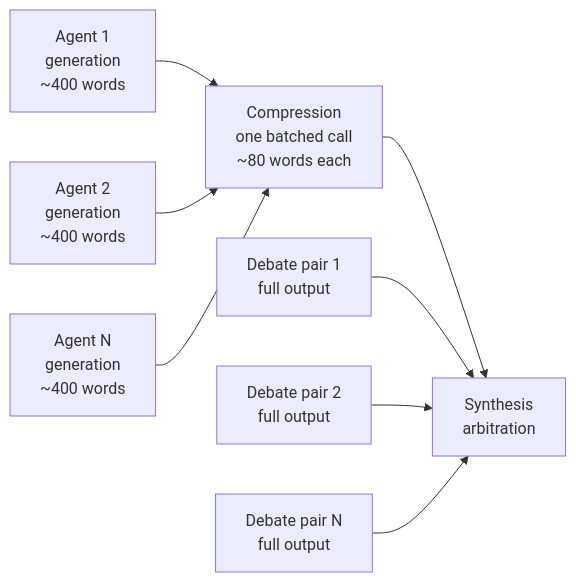
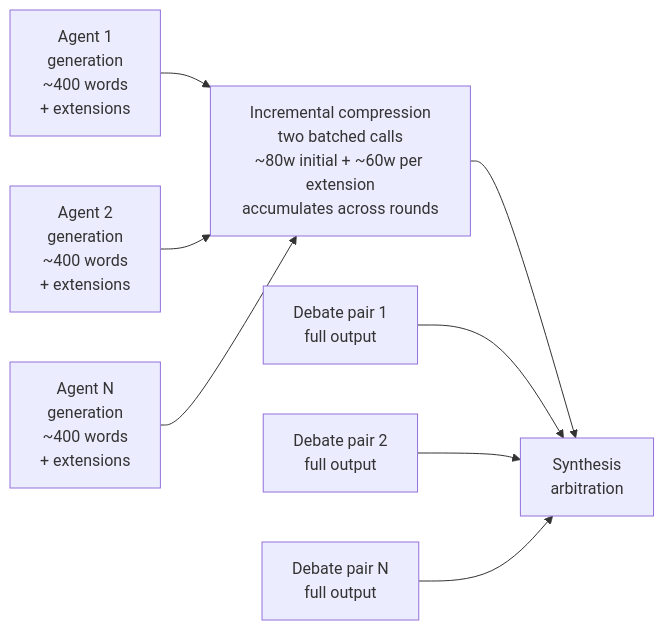
The fifth of 6 diagrams in docs/METHODOLOGY.md (DBoocock/research-swarm), drawn with Mermaid before and after one commit. The commit also changed other lines of this file and 3 other files, not shown here.

````diff
--- a/docs/METHODOLOGY.md
+++ b/docs/METHODOLOGY.md
@@ -331,11 +335,11 @@
 ```mermaid
 flowchart LR
-    G1["Agent 1\ngeneration\n~400 words"] --> C
-    G2["Agent 2\ngeneration\n~400 words"] --> C
-    Gn["Agent N\ngeneration\n~400 words"] --> C
-    C["Compression\none batched call\n~80 words each"] --> S
+    G1["Agent 1\ngeneration\n~400 words\n+ extensions"] --> C
+    G2["Agent 2\ngeneration\n~400 words\n+ extensions"] --> C
+    Gn["Agent N\ngeneration\n~400 words\n+ extensions"] --> C
+    C["Incremental compression\ntwo batched calls\n~80w initial + ~60w per extension\naccumulates across rounds"] --> S
     D1["Debate pair 1\nfull output"] --> S
     D2["Debate pair 2\nfull output"] --> S
     Dn["Debate pair N\nfull output"] --> S
     S["Synthesis\narbitration"]
 ```
````
